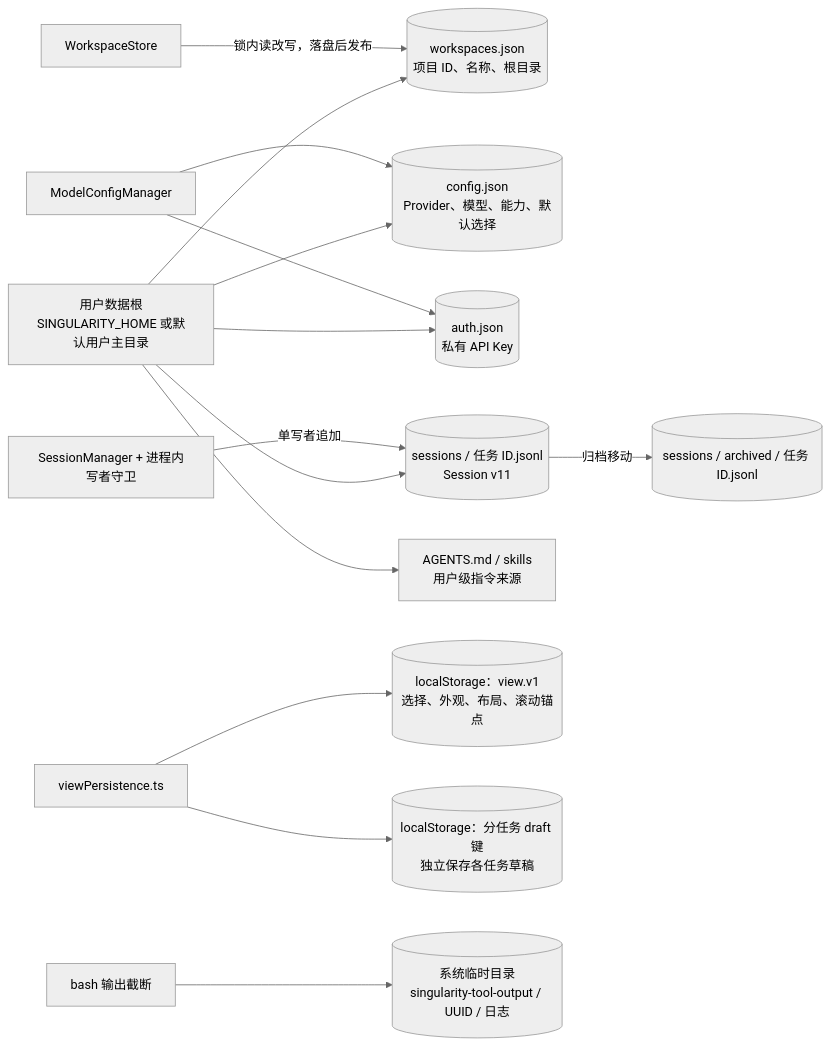
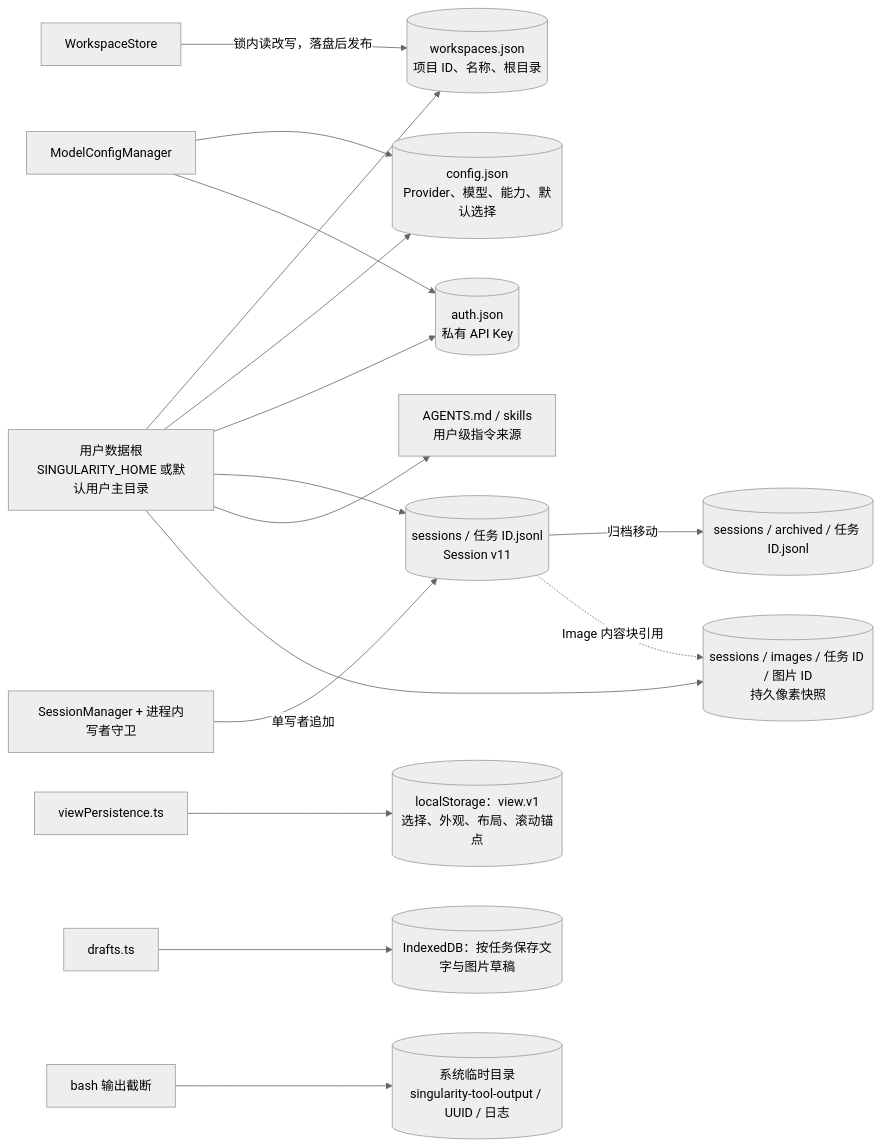
Before and after one commit to qjcnmd/singularity-agent: the sixth of 29 diagrams in docs/architecture.md, drawn with Mermaid (neutral theme). The commit also changed other lines of this file and 67 other files, not shown here.

Commit message:
支持图片输入与读取，显示平均 TTFT

````diff
--- a/docs/architecture.md
+++ b/docs/architecture.md
@@ -158,16 +158,18 @@
 ```mermaid
 flowchart LR
     Home["用户数据根<br/>SINGULARITY_HOME 或默认用户主目录"] --> WorkspaceRegistryFile[("workspaces.json<br/>项目 ID、名称、根目录")]
     Home --> Config[("config.json<br/>Provider、模型、能力、默认选择")]
     Home --> Auth[("auth.json<br/>私有 API Key")]
     Home --> Ledger[("sessions / 任务 ID.jsonl<br/>Session v11")]
     Ledger -->|"归档移动"| Archive[("sessions / archived / 任务 ID.jsonl")]
     Home --> Instructions["AGENTS.md / skills<br/>用户级指令来源"]
     WorkspaceStore["WorkspaceStore"] -->|"锁内读改写，落盘后发布"| WorkspaceRegistryFile
     ModelManager["ModelConfigManager"] --> Config
     ModelManager --> Auth
     Manager["SessionManager + 进程内写者守卫"] -->|"单写者追加"| Ledger
     Browser["viewPersistence.ts"] --> View[("localStorage：view.v1<br/>选择、外观、布局、滚动锚点")]
-    Browser --> Draft[("localStorage：分任务 draft 键<br/>独立保存各任务草稿")]
+    DraftStore["drafts.ts"] --> Draft[("IndexedDB：按任务保存文字与图片草稿")]
+    Home --> Images[("sessions / images / 任务 ID / 图片 ID<br/>持久像素快照")]
+    Ledger -.->|"Image 内容块引用"| Images
     Bash["bash 输出截断"] --> Temp[("系统临时目录<br/>singularity-tool-output / UUID / 日志")]
 ```
````
